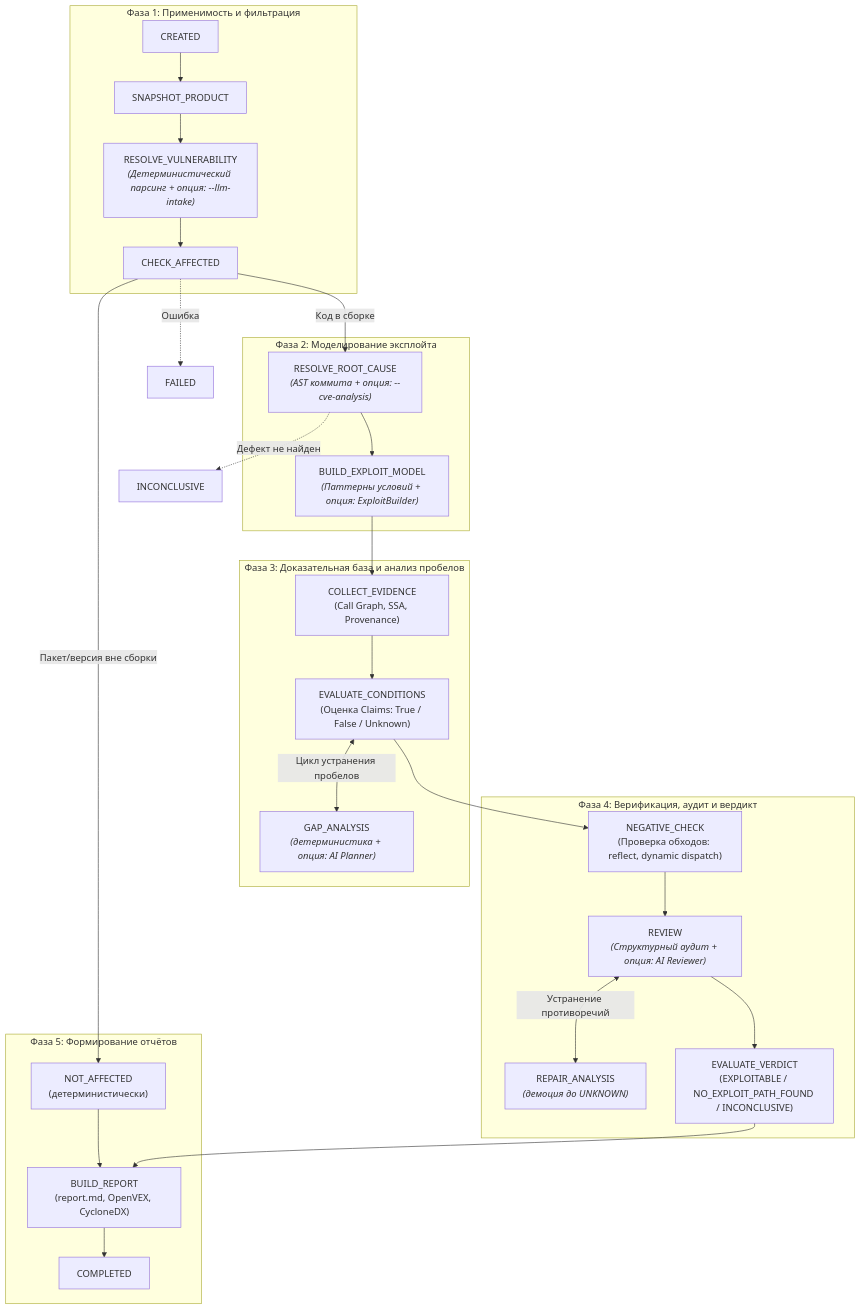
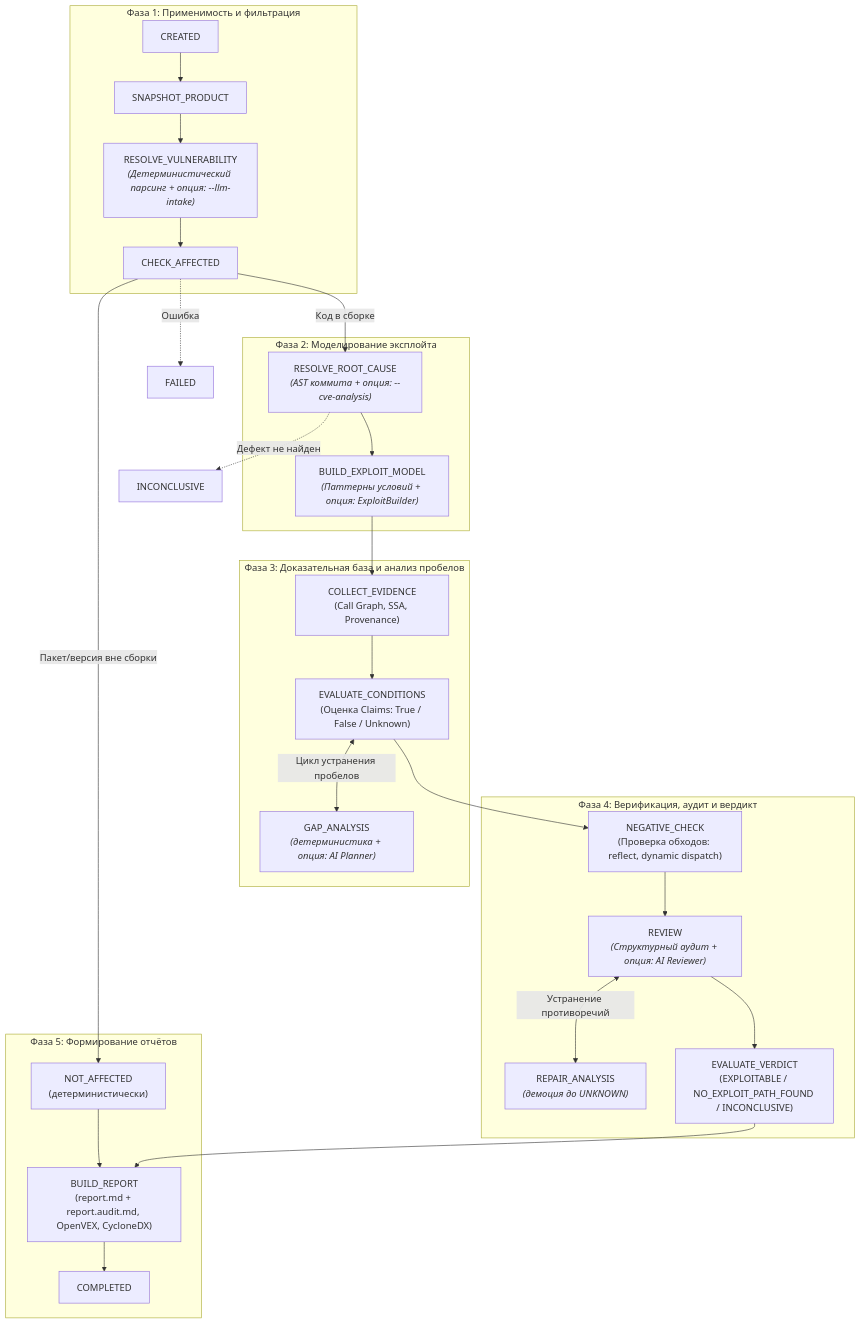
Before and after one commit to davniy/izyan: the second of 3 diagrams in docs/architecture.md, drawn with Mermaid. The commit also changed other lines of this file and 20 other files, not shown here.

First line of the commit message:
feat(report,risk): split human report from technical audit, forbid triage escalation, honest AI-usage

````diff
--- a/docs/architecture.md
+++ b/docs/architecture.md
@@ -84,37 +85,37 @@
 ```mermaid
 flowchart TD
     subgraph G1 ["Фаза 1: Применимость и фильтрация"]
         CREATED --> SNAPSHOT_PRODUCT
         SNAPSHOT_PRODUCT --> RESOLVE_VULNERABILITY["RESOLVE_VULNERABILITY<br><i>(Детерминистический парсинг + опция: --llm-intake)</i>"]
         RESOLVE_VULNERABILITY --> CHECK_AFFECTED
     end
 
     CHECK_AFFECTED -->|Пакет/версия вне сборки| StateNotAffected["NOT_AFFECTED<br>(детерминистически)"]
 
     subgraph G2 ["Фаза 2: Моделирование эксплойта"]
         CHECK_AFFECTED -->|Код в сборке| RESOLVE_ROOT_CAUSE["RESOLVE_ROOT_CAUSE<br><i>(AST коммита + опция: --cve-analysis)</i>"]
         RESOLVE_ROOT_CAUSE --> BUILD_EXPLOIT_MODEL["BUILD_EXPLOIT_MODEL<br><i>(Паттерны условий + опция: ExploitBuilder)</i>"]
     end
 
     subgraph G3 ["Фаза 3: Доказательная база и анализ пробелов"]
         BUILD_EXPLOIT_MODEL --> COLLECT_EVIDENCE["COLLECT_EVIDENCE<br>(Call Graph, SSA, Provenance)"]
         COLLECT_EVIDENCE --> EVALUATE_CONDITIONS["EVALUATE_CONDITIONS<br>(Оценка Claims: True / False / Unknown)"]
         EVALUATE_CONDITIONS <-->|Цикл устранения пробелов| GAP_ANALYSIS["GAP_ANALYSIS<br><i>(детерминистика + опция: AI Planner)</i>"]
     end
 
     subgraph G4 ["Фаза 4: Верификация, аудит и вердикт"]
         EVALUATE_CONDITIONS --> NEGATIVE_CHECK["NEGATIVE_CHECK<br>(Проверка обходов: reflect, dynamic dispatch)"]
         NEGATIVE_CHECK --> REVIEW["REVIEW<br><i>(Структурный аудит + опция: AI Reviewer)</i>"]
         REVIEW <-->|Устранение противоречий| REPAIR_ANALYSIS["REPAIR_ANALYSIS<br><i>(демоция до UNKNOWN)</i>"]
         REVIEW --> EVALUATE_VERDICT["EVALUATE_VERDICT<br>(EXPLOITABLE / NO_EXPLOIT_PATH_FOUND / INCONCLUSIVE)"]
     end
 
     subgraph G5 ["Фаза 5: Формирование отчётов"]
         StateNotAffected --> BUILD_REPORT
-        EVALUATE_VERDICT --> BUILD_REPORT["BUILD_REPORT<br>(report.md, OpenVEX, CycloneDX)"]
+        EVALUATE_VERDICT --> BUILD_REPORT["BUILD_REPORT<br>(report.md + report.audit.md, OpenVEX, CycloneDX)"]
         BUILD_REPORT --> COMPLETED
     end
 
     CHECK_AFFECTED -.->|Ошибка| FAILED
     RESOLVE_ROOT_CAUSE -.->|Дефект не найден| INCONCLUSIVE
 ```
````
